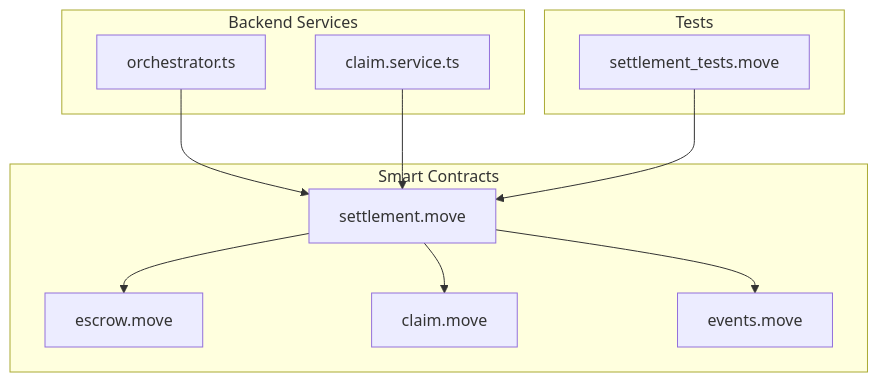
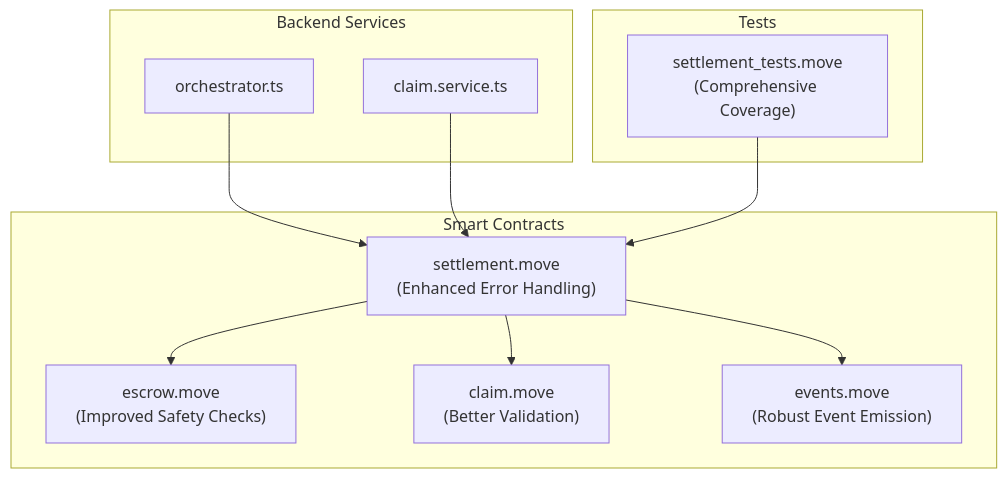
Before and after one commit to hieudepoet/Insurix: the first of 7 diagrams in .qoder/repowiki/en/content/Smart Contracts/Settlement Engine.md, drawn with Mermaid. The commit also changed other lines of this file and 73 other files, not shown here.

````diff
--- a/.qoder/repowiki/en/content/Smart Contracts/Settlement Engine.md
+++ b/.qoder/repowiki/en/content/Smart Contracts/Settlement Engine.md
@@ -39,22 +51,22 @@
 ```mermaid
 graph TB
 subgraph "Smart Contracts"
-A["settlement.move"]
-B["escrow.move"]
-C["claim.move"]
-D["events.move"]
+A["settlement.move<br/>(Enhanced Error Handling)"]
+B["escrow.move<br/>(Improved Safety Checks)"]
+C["claim.move<br/>(Better Validation)"]
+D["events.move<br/>(Robust Event Emission)"]
 end
 subgraph "Backend Services"
 E["orchestrator.ts"]
 F["claim.service.ts"]
 end
 subgraph "Tests"
-G["settlement_tests.move"]
+G["settlement_tests.move<br/>(Comprehensive Coverage)"]
 end
 A --> B
 A --> C
 A --> D
 E --> A
 F --> A
 G --> A
 ```
````
